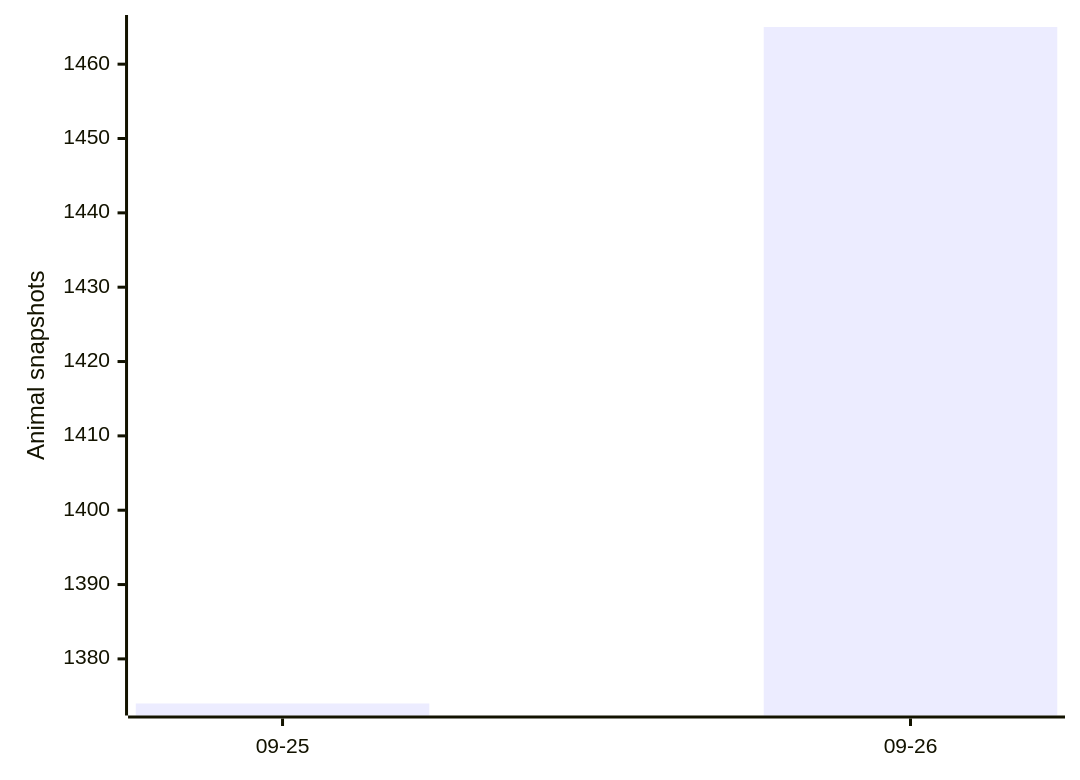
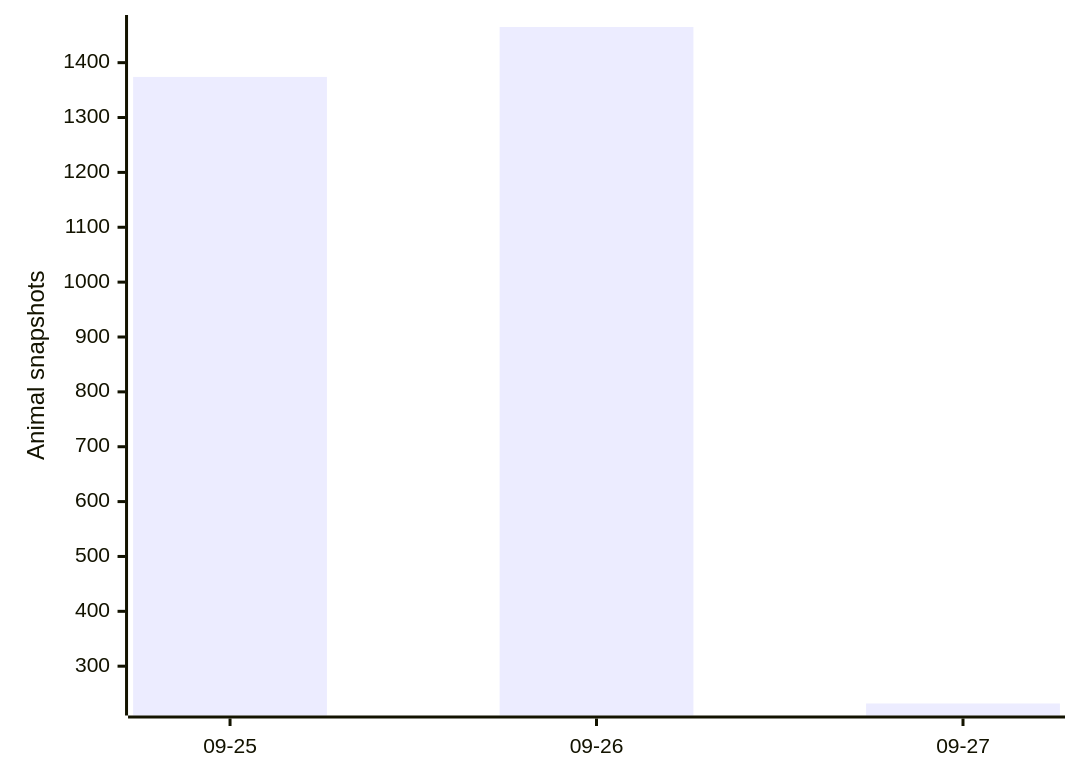
The first of 4 diagrams in README.md (joshuafrommeyer-35/PierTracker), drawn with Mermaid before and after one commit. The commit also changed other lines of this file and 7 other files, not shown here.

````diff
--- a/README.md
+++ b/README.md
@@ -107,6 +113,6 @@
 ```mermaid
 xychart-beta
-    x-axis ["09-25", "09-26"]
+    x-axis ["09-25", "09-26", "09-27"]
     y-axis "Animal snapshots"
-    bar [1374, 1465]
+    bar [1374, 1465, 232]
 ```
````
